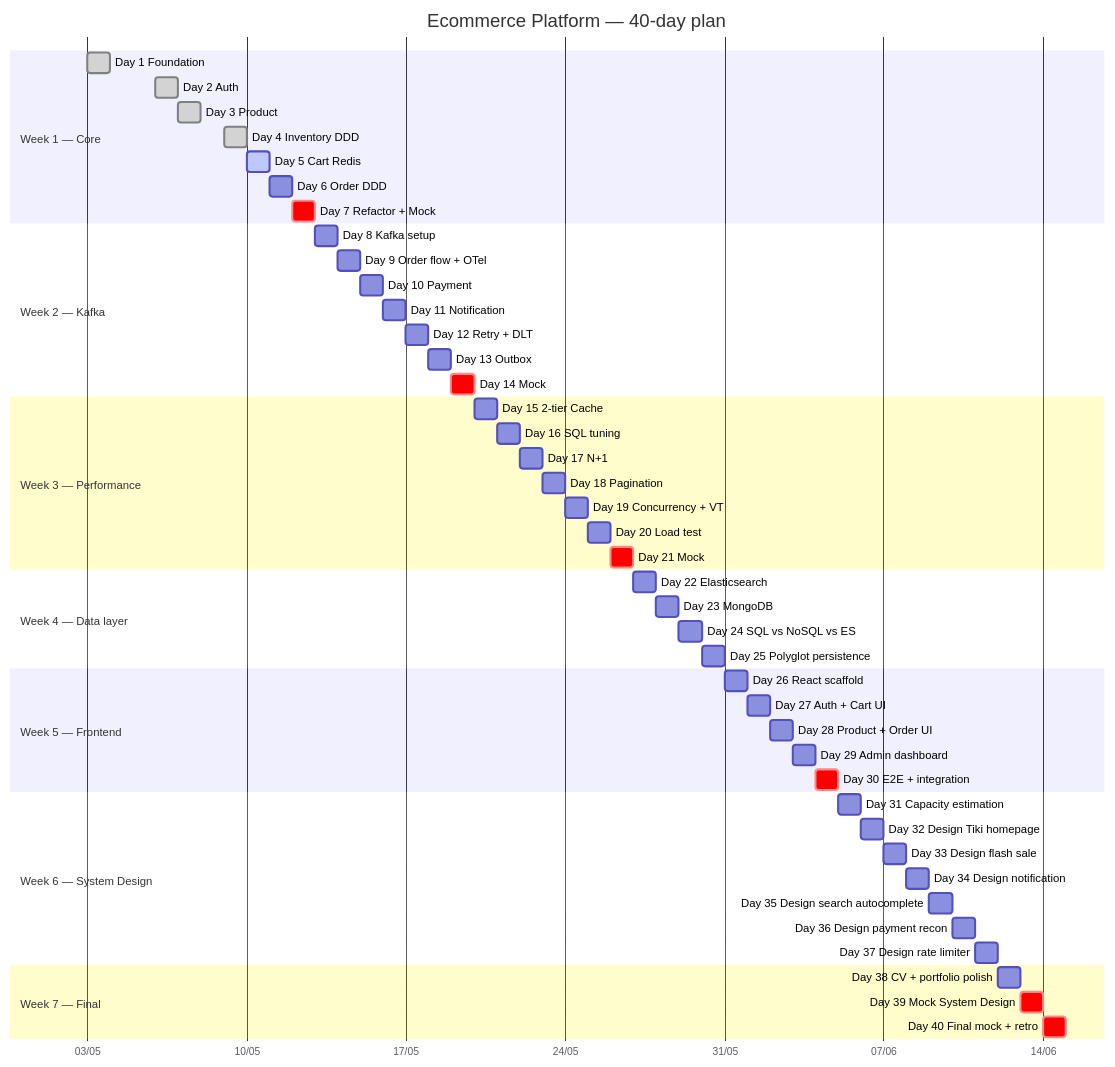
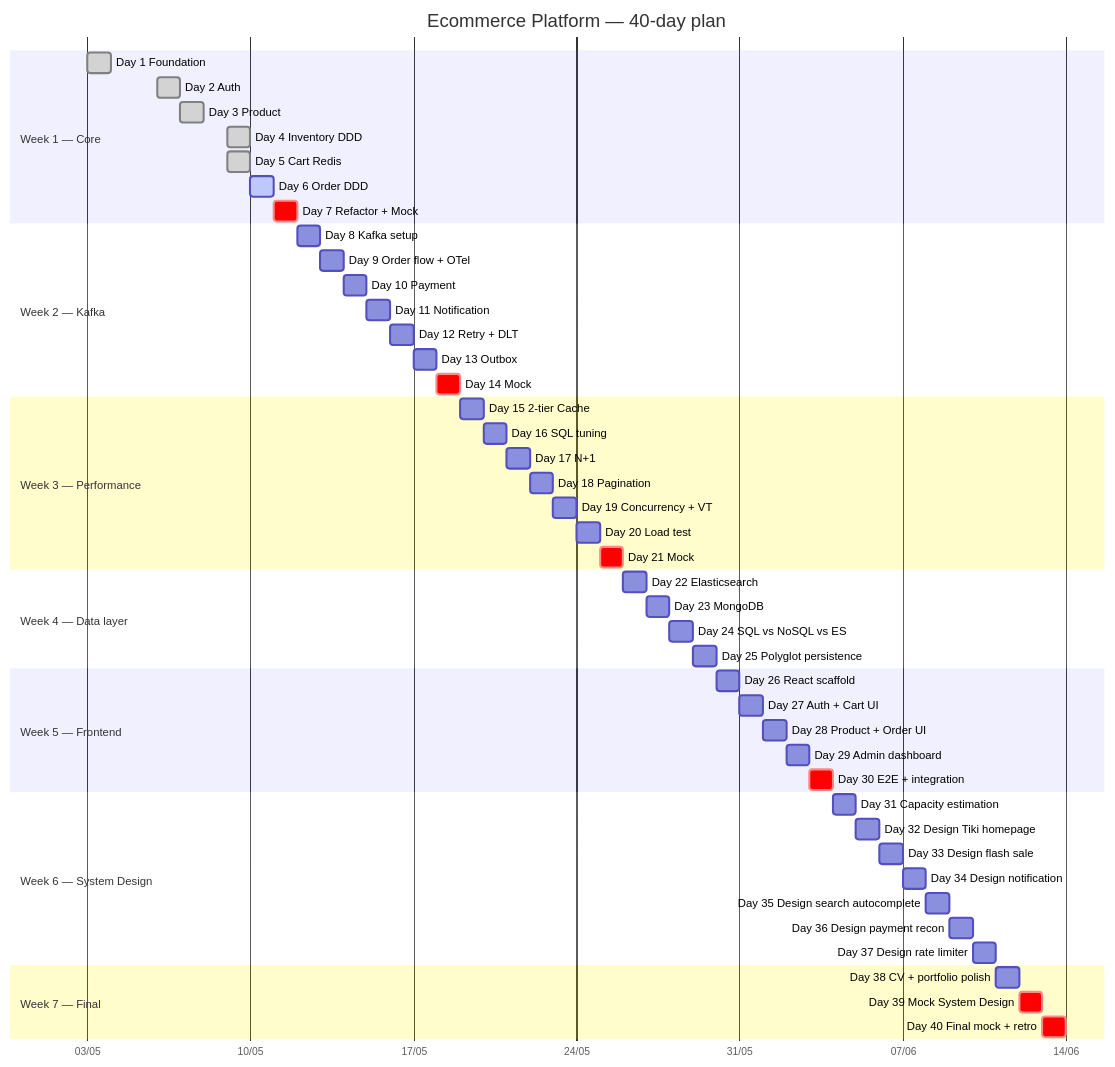
One commit to codevuichamcom/ecommerce-platform changed the diagram in docs/ROADMAP.md. Above: the diagram before and after it, drawn with Mermaid. The commit also changed other lines of this file and 28 other files, not shown here.

First line of the commit message:
feat(cart): add Redis-primary cart-service with HINCRBY atomic + anon→user merge

````diff
--- a/docs/ROADMAP.md
+++ b/docs/ROADMAP.md
@@ -50,60 +50,60 @@
 ```mermaid
 gantt
     title Ecommerce Platform — 40-day plan
     dateFormat  YYYY-MM-DD
     axisFormat  %d/%m
 
     section Week 1 — Core
     Day 1 Foundation              :done,    d1, 2026-05-03, 1d
     Day 2 Auth                    :done,    d2, 2026-05-06, 1d
     Day 3 Product                 :done,    d3, 2026-05-07, 1d
     Day 4 Inventory DDD           :done,    d4, 2026-05-09, 1d
-    Day 5 Cart Redis              :active,  d5, after d4, 1d
-    Day 6 Order DDD               :         d6, after d5, 1d
+    Day 5 Cart Redis              :done,    d5, 2026-05-09, 1d
+    Day 6 Order DDD               :active,  d6, after d5, 1d
     Day 7 Refactor + Mock         :crit,    d7, after d6, 1d
 
     section Week 2 — Kafka
     Day 8 Kafka setup             :         d8, after d7, 1d
     Day 9 Order flow + OTel       :         d9, after d8, 1d
     Day 10 Payment                :         d10, after d9, 1d
     Day 11 Notification           :         d11, after d10, 1d
     Day 12 Retry + DLT            :         d12, after d11, 1d
     Day 13 Outbox                 :         d13, after d12, 1d
     Day 14 Mock                   :crit,    d14, after d13, 1d
 
     section Week 3 — Performance
     Day 15 2-tier Cache           :         d15, after d14, 1d
     Day 16 SQL tuning             :         d16, after d15, 1d
     Day 17 N+1                    :         d17, after d16, 1d
     Day 18 Pagination             :         d18, after d17, 1d
     Day 19 Concurrency + VT       :         d19, after d18, 1d
     Day 20 Load test              :         d20, after d19, 1d
     Day 21 Mock                   :crit,    d21, after d20, 1d
 
     section Week 4 — Data layer
     Day 22 Elasticsearch          :         d22, after d21, 1d
     Day 23 MongoDB                :         d23, after d22, 1d
     Day 24 SQL vs NoSQL vs ES     :         d24, after d23, 1d
     Day 25 Polyglot persistence   :         d25, after d24, 1d
 
     section Week 5 — Frontend
     Day 26 React scaffold         :         d26, after d25, 1d
     Day 27 Auth + Cart UI         :         d27, after d26, 1d
     Day 28 Product + Order UI     :         d28, after d27, 1d
     Day 29 Admin dashboard        :         d29, after d28, 1d
     Day 30 E2E + integration      :crit,    d30, after d29, 1d
 
     section Week 6 — System Design
     Day 31 Capacity estimation    :         d31, after d30, 1d
     Day 32 Design Tiki homepage   :         d32, after d31, 1d
     Day 33 Design flash sale      :         d33, after d32, 1d
     Day 34 Design notification    :         d34, after d33, 1d
     Day 35 Design search autocomplete :     d35, after d34, 1d
     Day 36 Design payment recon   :         d36, after d35, 1d
     Day 37 Design rate limiter    :         d37, after d36, 1d
 
     section Week 7 — Final
     Day 38 CV + portfolio polish  :         d38, after d37, 1d
     Day 39 Mock System Design     :crit,    d39, after d38, 1d
     Day 40 Final mock + retro     :crit,    d40, after d39, 1d
 ```
````
